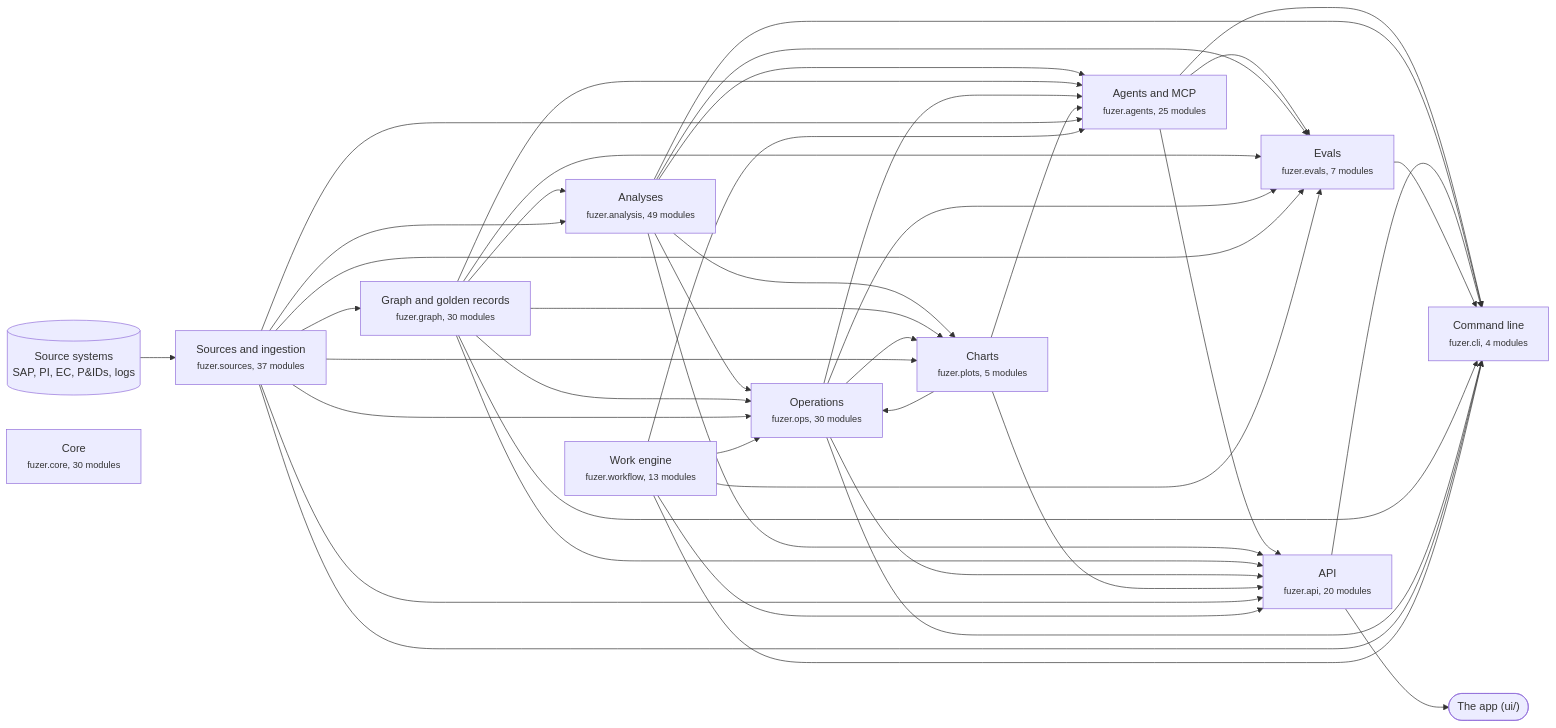
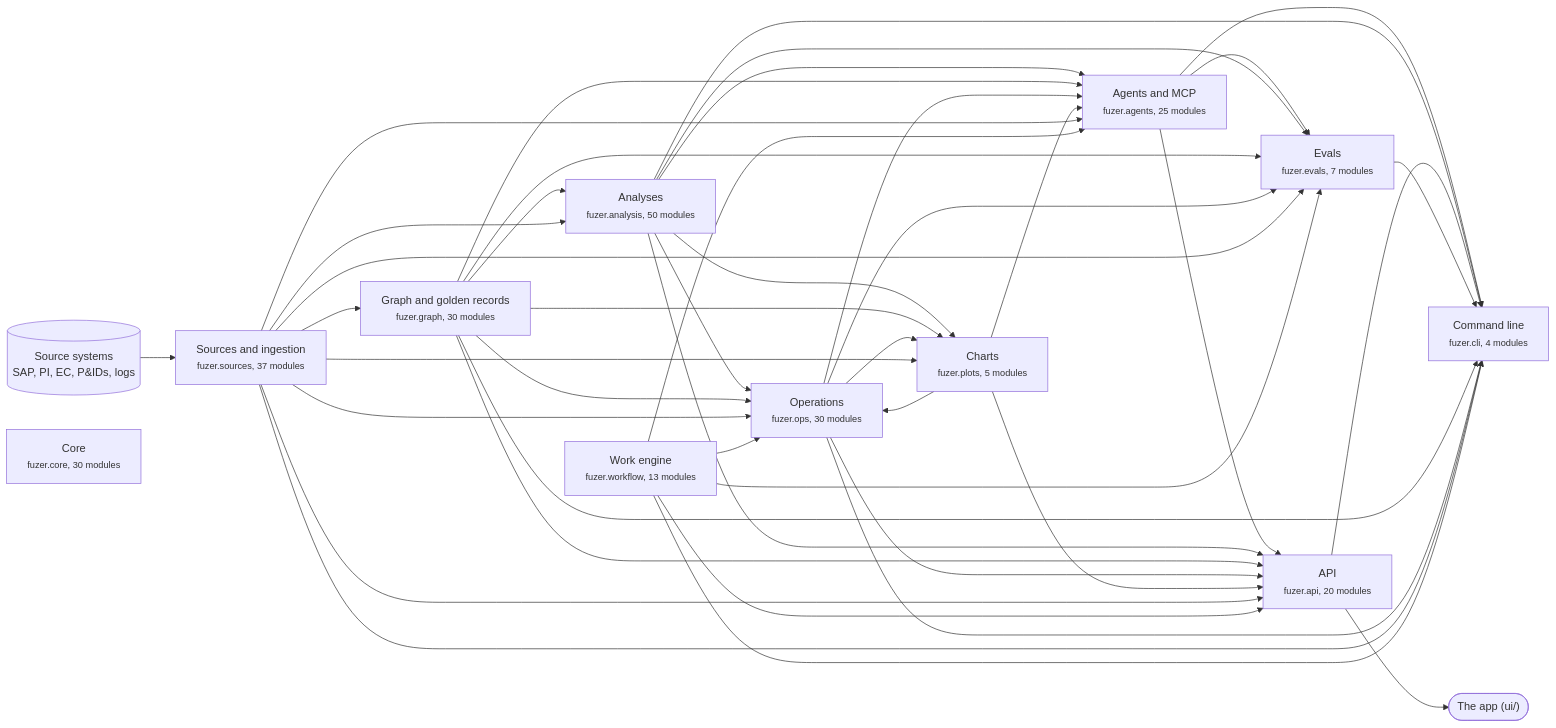
The first of 3 diagrams in docs/architecture.md (areed145/fuzer), drawn with Mermaid before and after one commit. The commit also changed other lines of this file and 12 other files, not shown here.

````diff
--- a/docs/architecture.md
+++ b/docs/architecture.md
@@ -8,67 +8,67 @@
 ```mermaid
 flowchart LR
   systems[("Source systems<br>SAP, PI, EC, P&IDs, logs")] --> c_sources
   app(["The app (ui/)"])
   c_api --> app
   c_sources["Sources and ingestion<br><small>fuzer.sources, 37 modules</small>"]
   c_graph["Graph and golden records<br><small>fuzer.graph, 30 modules</small>"]
-  c_analysis["Analyses<br><small>fuzer.analysis, 49 modules</small>"]
+  c_analysis["Analyses<br><small>fuzer.analysis, 50 modules</small>"]
   c_ops["Operations<br><small>fuzer.ops, 30 modules</small>"]
   c_plots["Charts<br><small>fuzer.plots, 5 modules</small>"]
   c_workflow["Work engine<br><small>fuzer.workflow, 13 modules</small>"]
   c_agents["Agents and MCP<br><small>fuzer.agents, 25 modules</small>"]
   c_evals["Evals<br><small>fuzer.evals, 7 modules</small>"]
   c_api["API<br><small>fuzer.api, 20 modules</small>"]
   c_cli["Command line<br><small>fuzer.cli, 4 modules</small>"]
   c_core["Core<br><small>fuzer.core, 30 modules</small>"]
   c_sources --> c_graph
   c_graph --> c_analysis
   c_sources --> c_analysis
   c_analysis --> c_ops
   c_graph --> c_ops
   c_plots --> c_ops
   c_sources --> c_ops
   c_workflow --> c_ops
   c_analysis --> c_plots
   c_graph --> c_plots
   c_ops --> c_plots
   c_sources --> c_plots
   c_analysis --> c_agents
   c_graph --> c_agents
   c_ops --> c_agents
   c_plots --> c_agents
   c_sources --> c_agents
   c_workflow --> c_agents
   c_agents --> c_evals
   c_analysis --> c_evals
   c_graph --> c_evals
   c_ops --> c_evals
   c_sources --> c_evals
   c_workflow --> c_evals
   c_agents --> c_api
   c_analysis --> c_api
   c_graph --> c_api
   c_ops --> c_api
   c_plots --> c_api
   c_sources --> c_api
   c_workflow --> c_api
   c_agents --> c_cli
   c_analysis --> c_cli
   c_api --> c_cli
   c_evals --> c_cli
   c_graph --> c_cli
   c_ops --> c_cli
   c_sources --> c_cli
   c_workflow --> c_cli
   click c_sources "https://github.com/areed145/fuzer/tree/main/src/fuzer/sources"
   click c_graph "https://github.com/areed145/fuzer/tree/main/src/fuzer/graph"
   click c_analysis "https://github.com/areed145/fuzer/tree/main/src/fuzer/analysis"
   click c_ops "https://github.com/areed145/fuzer/tree/main/src/fuzer/ops"
   click c_plots "https://github.com/areed145/fuzer/tree/main/src/fuzer/plots"
   click c_workflow "https://github.com/areed145/fuzer/tree/main/src/fuzer/workflow"
   click c_agents "https://github.com/areed145/fuzer/tree/main/src/fuzer/agents"
   click c_evals "https://github.com/areed145/fuzer/tree/main/src/fuzer/evals"
   click c_api "https://github.com/areed145/fuzer/tree/main/src/fuzer/api"
   click c_cli "https://github.com/areed145/fuzer/tree/main/src/fuzer/cli"
   click c_core "https://github.com/areed145/fuzer/tree/main/src/fuzer/core"
 ```
````
